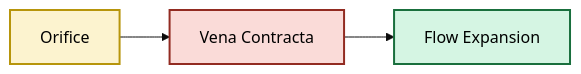
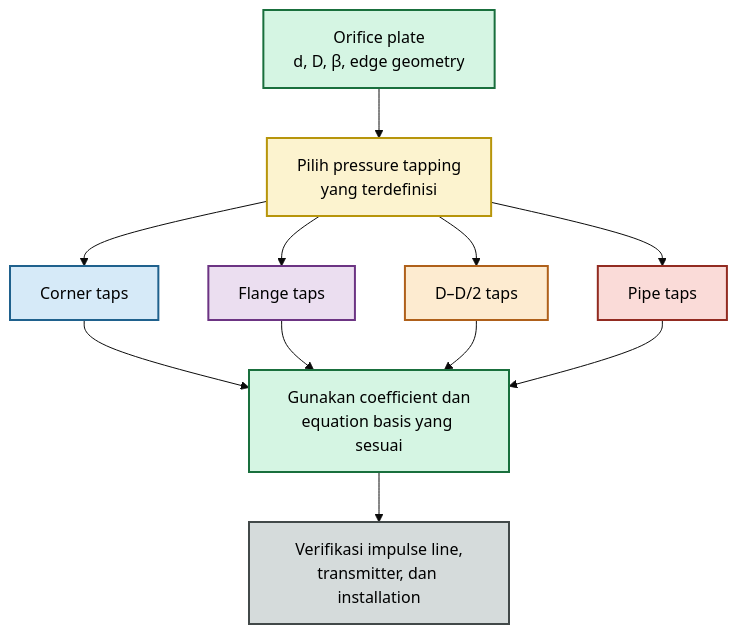
The eighth of 18 diagrams in plugins/mx-core-docs/src/content/blog/maintenance/elins/orifice-plate.mdx (slametsampon/mx-core), drawn with Mermaid (base theme) before and after one commit. The commit also changed other lines of this file and 4 other files, not shown here.

Commit message:
mx-core-docs: update orifice-plate

````diff
--- a/plugins/mx-core-docs/src/content/blog/maintenance/elins/orifice-plate.mdx
+++ b/plugins/mx-core-docs/src/content/blog/maintenance/elins/orifice-plate.mdx
@@ -820,9 +2442,27 @@
-```mermaid
-flowchart LR
+```mermaid id="orifice_tapping_consistency"
+flowchart TB
+    A["Orifice plate<br/>d, D, β, edge geometry"]:::plate
+    B["Pilih pressure tapping<br/>yang terdefinisi"]:::tap
+    C["Corner taps"]:::corner
+    D["Flange taps"]:::flange
+    E["D–D/2 taps"]:::dd
+    F["Pipe taps"]:::pipe
+    G["Gunakan coefficient dan<br/>equation basis yang sesuai"]:::calc
+    H["Verifikasi impulse line,<br/>transmitter, dan installation"]:::verify
 
-A["Orifice"]:::o --> B["Vena Contracta"]:::v --> C["Flow Expansion"]:::e
+    A --> B
+    B --> C --> G
+    B --> D --> G
+    B --> E --> G
+    B --> F --> G
+    G --> H
 
-classDef o fill:#FCF3CF,color:#000,stroke:#B7950B,stroke-width:2px;
-classDef v fill:#FADBD8,color:#000,stroke:#922B21,stroke-width:2px;
-classDef e fill:#D5F5E3,color:#000,stroke:#196F3D,stroke-width:2px;
+    classDef plate fill:#D5F5E3,stroke:#196F3D,color:#000,stroke-width:2px;
+    classDef tap fill:#FCF3CF,stroke:#B7950B,color:#000,stroke-width:2px;
+    classDef corner fill:#D6EAF8,stroke:#1F618D,color:#000,stroke-width:2px;
+    classDef flange fill:#EBDEF0,stroke:#6C3483,color:#000,stroke-width:2px;
+    classDef dd fill:#FDEBD0,stroke:#AF601A,color:#000,stroke-width:2px;
+    classDef pipe fill:#FADBD8,stroke:#922B21,color:#000,stroke-width:2px;
+    classDef calc fill:#D5F5E3,stroke:#196F3D,color:#000,stroke-width:2px;
+    classDef verify fill:#D5DBDB,stroke:#424949,color:#000,stroke-width:2px;
 ```
````
